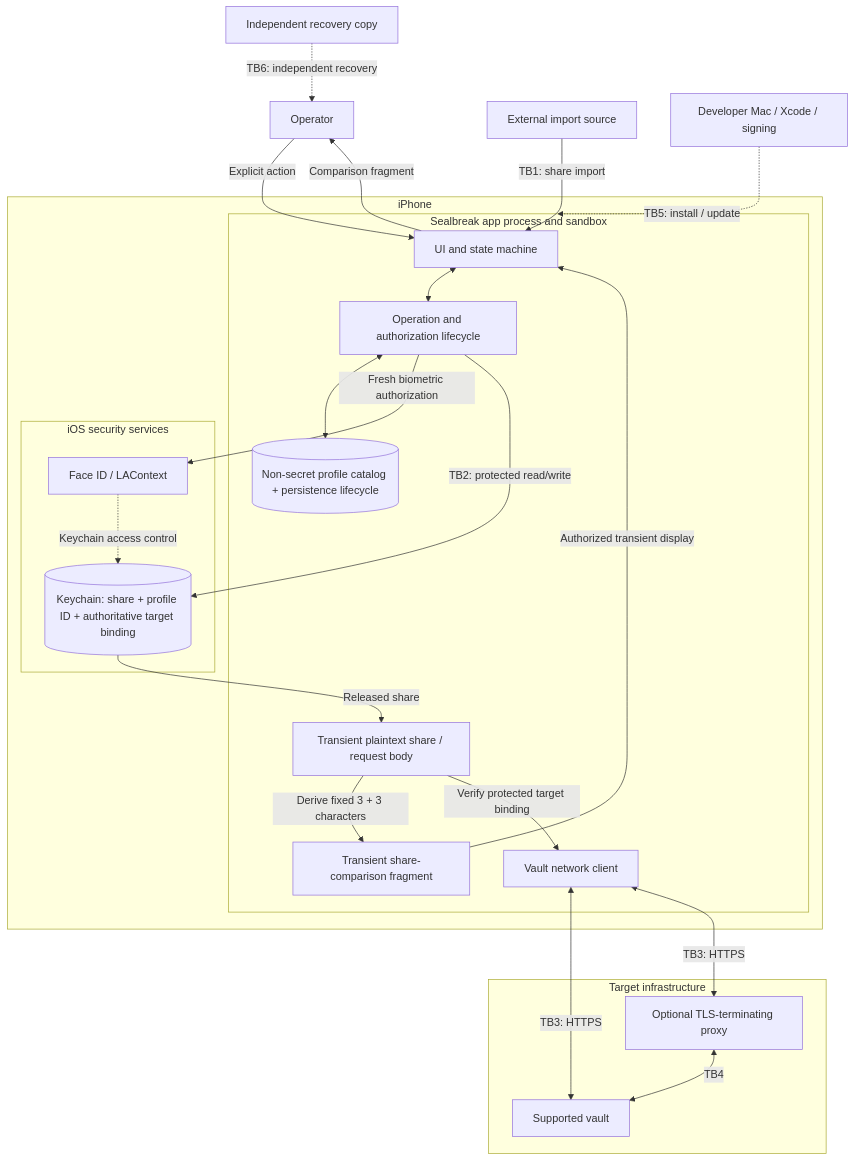
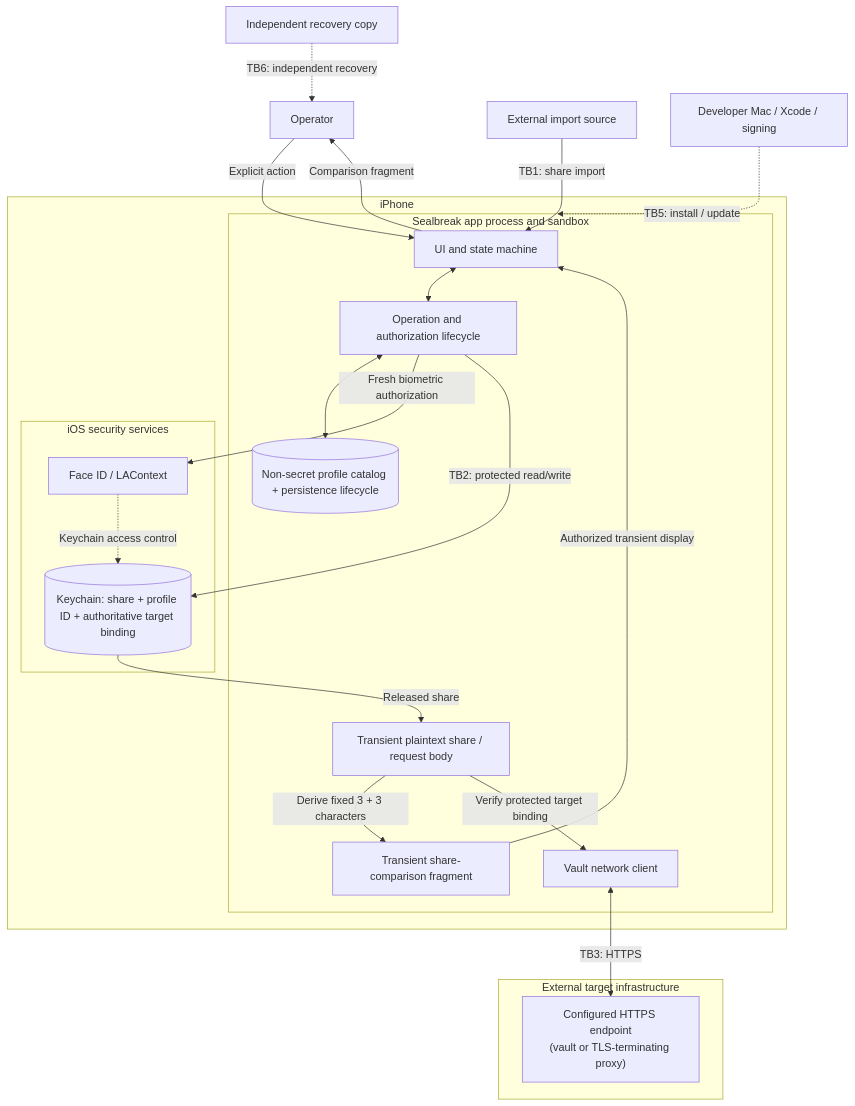
One commit to GeorgesAlkhouri/sealbreak changed the first of 3 diagrams in THREAT_MODEL.md. Above: the diagram before and after it, drawn with Mermaid. The commit also changed other lines of this file, not shown here.

Commit message:
docs: simplify external target trust boundary (#92)
## Summary

- remove TB4 (TLS proxy → vault)
- treat vault/proxy internals as external target infrastructure
- define TB3 as iPhone → configured HTTPS endpoint
- keep TLS-terminating proxies as trusted infrastructure in AN07
- simplify the data-flow diagram

## Rationale

Sealbreak controls transport only up to the configured HTTPS endpoint.
Any network path behind a TLS-terminating proxy is deployment
infrastructure outside the app's control.

Existing TB5 and TB6 identifiers remain unchanged.

````diff
--- a/THREAT_MODEL.md
+++ b/THREAT_MODEL.md
@@ -59,49 +60,46 @@
 ```mermaid
 flowchart TB
     OP["Operator"]
     IMPORT["External import source"]
     REC["Independent recovery copy"]
     BUILD["Developer Mac / Xcode / signing"]
 
     subgraph PHONE["iPhone"]
         subgraph APP["Sealbreak app process and sandbox"]
             UI["UI and state machine"]
             MODEL["Operation and authorization lifecycle"]
             DISPLAY[("Non-secret profile catalog + persistence lifecycle")]
             MEM["Transient plaintext share / request body"]
             FRAGMENT["Transient share-comparison fragment"]
             NET["Vault network client"]
         end
 
         subgraph IOS["iOS security services"]
             AUTH["Face ID / LAContext"]
             KC[("Keychain: share + profile ID + authoritative target binding")]
         end
     end
 
-    subgraph TARGET["Target infrastructure"]
-        PROXY["Optional TLS-terminating proxy"]
-        VAULT["Supported vault"]
+    subgraph TARGET["External target infrastructure"]
+        ENDPOINT["Configured HTTPS endpoint<br/>(vault or TLS-terminating proxy)"]
     end
 
     OP -->|"Explicit action"| UI
     IMPORT -->|"TB1: share import"| UI
     BUILD -.->|"TB5: install / update"| APP
 
     UI <--> MODEL
     MODEL <--> DISPLAY
     MODEL -->|"Fresh biometric authorization"| AUTH
     AUTH -.->|"Keychain access control"| KC
     MODEL -->|"TB2: protected read/write"| KC
     KC -->|"Released share"| MEM
     MEM -->|"Derive fixed 3 + 3 characters"| FRAGMENT
     FRAGMENT -->|"Authorized transient display"| UI
     UI -->|"Comparison fragment"| OP
     MEM -->|"Verify protected target binding"| NET
 
-    NET <-->|"TB3: HTTPS"| VAULT
-    NET <-->|"TB3: HTTPS"| PROXY
-    PROXY <-->|"TB4"| VAULT
+    NET <-->|"TB3: HTTPS"| ENDPOINT
 
     REC -.->|"TB6: independent recovery"| OP
 ```
````
